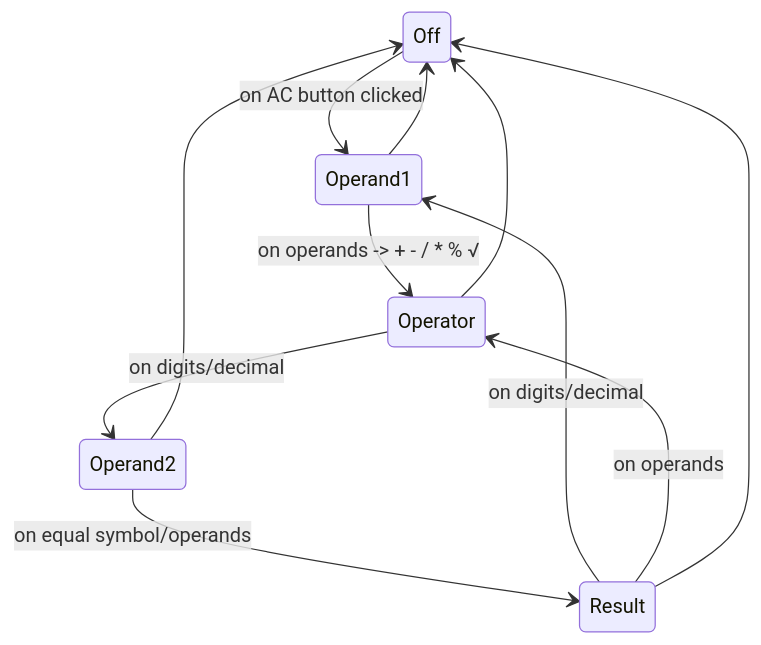
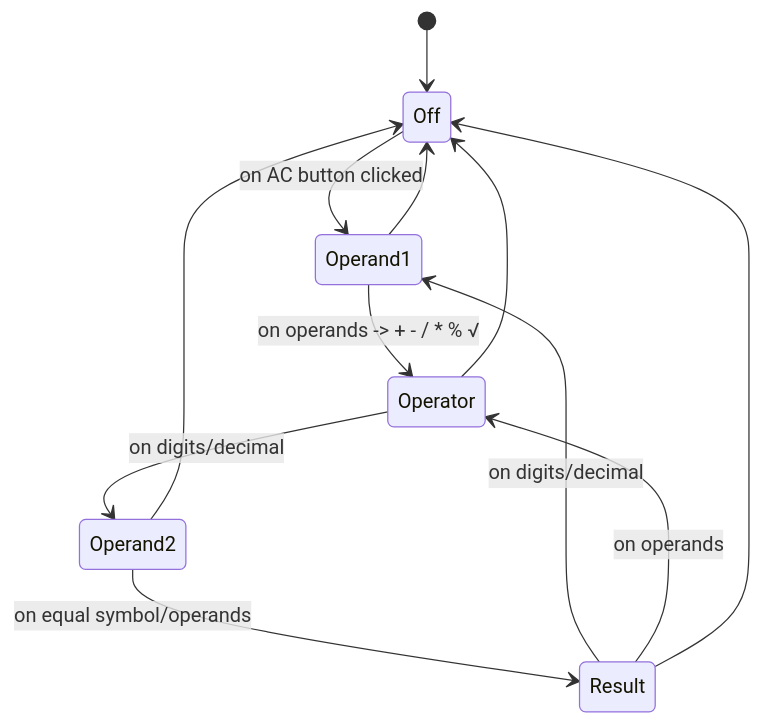
The diagram in README.md (noushad-pp/react-retro-calculator), drawn with Mermaid before and after one commit.

Commit message:
Improvements

````diff
--- a/README.md
+++ b/README.md
@@ -25,17 +25,18 @@
 ```mermaid
 stateDiagram-v2
+    [*] --> Off
     Off --> Operand1: on AC button clicked
 
     Operand1 --> Off
     Operand1 --> Operator: on operands -> + - / * % √
 
     Operator --> Off
     Operator --> Operand2: on digits/decimal
 
     Operand2 --> Off
     Operand2 --> Result: on equal symbol/operands
 
     Result --> Operand1: on digits/decimal
     Result --> Operator: on operands
     Result --> Off
 ```
````
